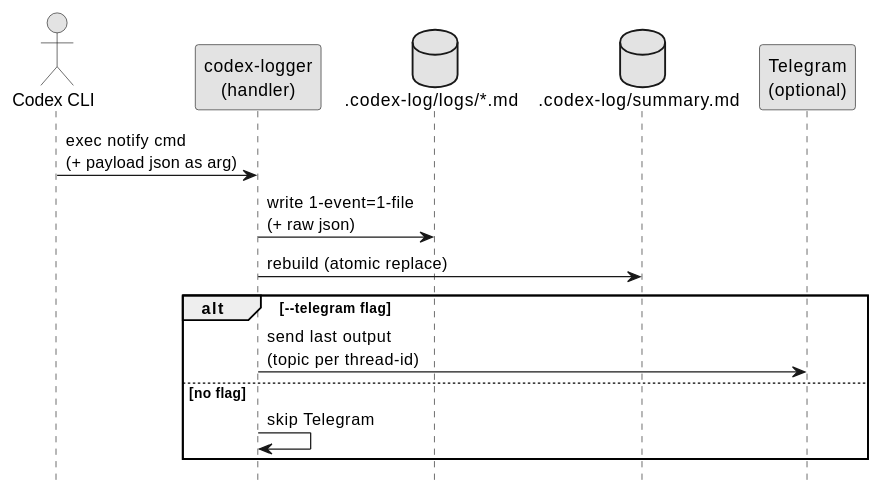
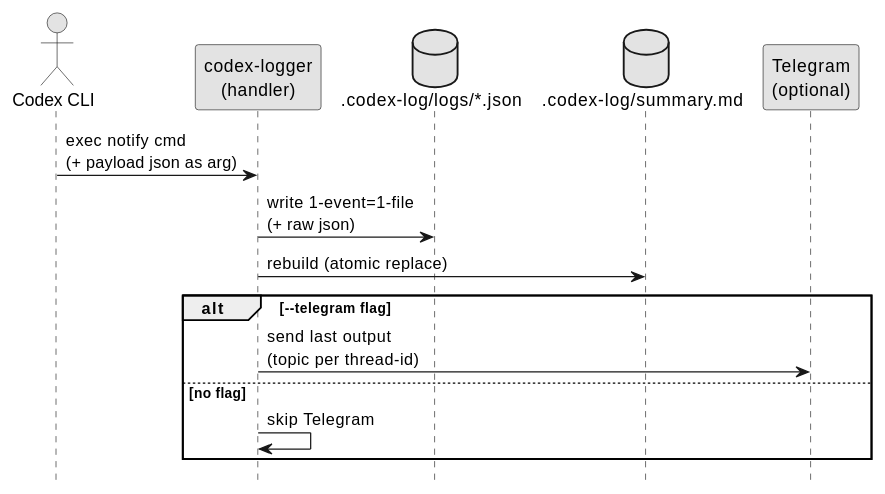
Before and after one commit to chemitaro/codex-agent-logger: the first of 5 diagrams in spec-dock/initiatives/init-local-00001-codex-notify-json-logger/adrs/adr-00001-notify-logger-output-and-telegram.md, drawn with PlantUML. The commit also changed other lines of this file and 23 other files, not shown here.

Commit message:
docs(init-local-00001): ログ保存仕様をJSON化し設計文書を更新 - `logs/*.md`を`logs/*.json`へ変更し、`summary.md`再生成をJSONパース方式に統一 - ADR `00001`〜`00010`の最終判断と関連仕様（命名・安全ID・`.env`・topic名等）を受け入れ内容で反映 - Telegram送信・CLI配布・要件計画側のQ項目を意思決定済みに更新

````diff
--- a/spec-dock/initiatives/init-local-00001-codex-notify-json-logger/adrs/adr-00001-notify-logger-output-and-telegram.md
+++ b/spec-dock/initiatives/init-local-00001-codex-notify-json-logger/adrs/adr-00001-notify-logger-output-and-telegram.md
@@ -65,21 +71,21 @@
 ```plantuml
 @startuml
 skinparam monochrome true
 hide footbox
 
 actor "Codex CLI" as Codex
 participant "codex-logger\n(handler)" as Handler
-database ".codex-log/logs/*.md" as Logs
+database ".codex-log/logs/*.json" as Logs
 database ".codex-log/summary.md" as Summary
 participant "Telegram\n(optional)" as TG
 
 Codex -> Handler: exec notify cmd\n(+ payload json as arg)
 Handler -> Logs: write 1-event=1-file\n(+ raw json)
 Handler -> Summary: rebuild (atomic replace)
 alt --telegram flag
   Handler -> TG: send last output\n(topic per thread-id)
 else no flag
   Handler -> Handler: skip Telegram
 end
 @enduml
 ```
````
